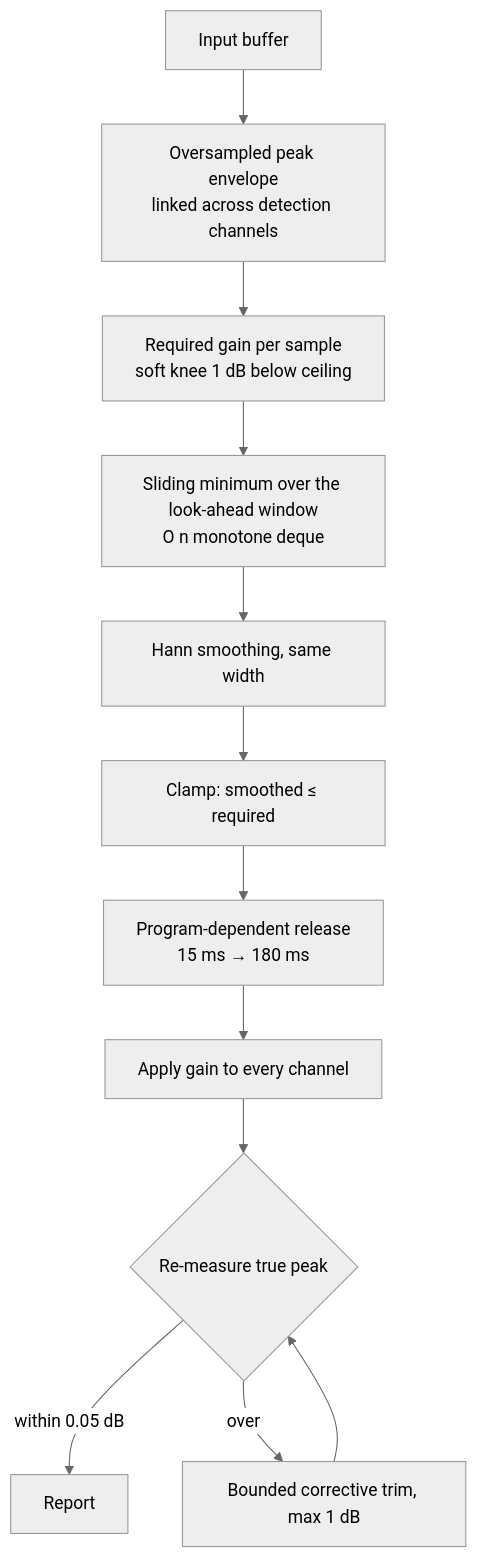
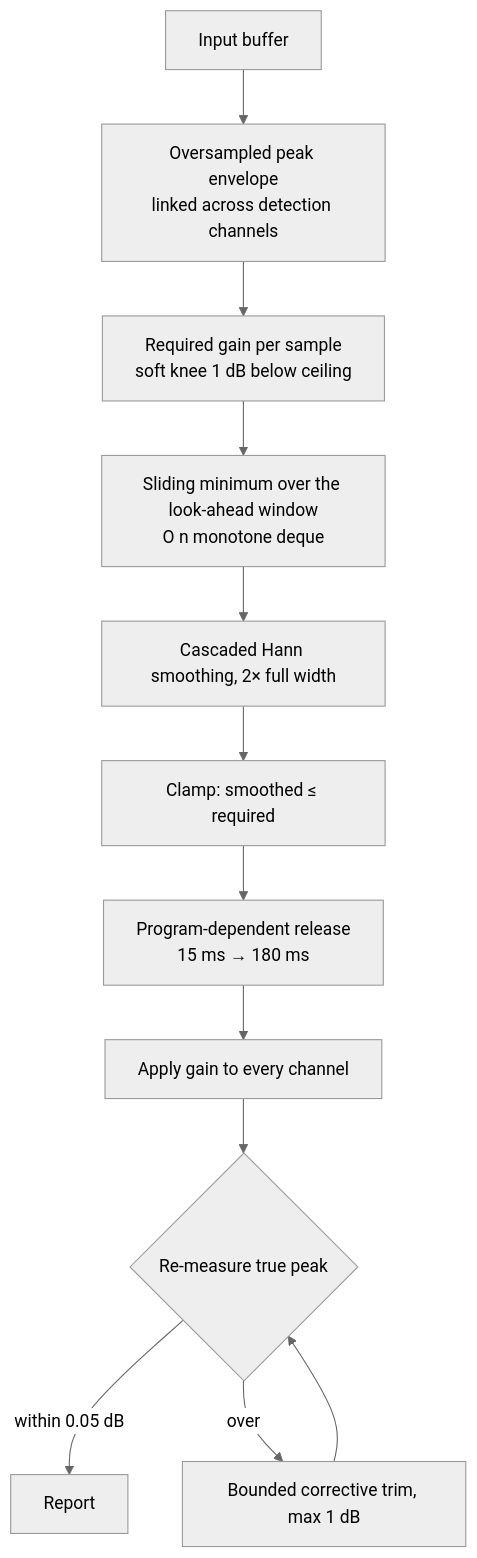
One commit to zazieproductions/Signal-Rot-Audio-Mastering-Suite- changed the diagram in docs/TRUE-PEAK-LIMITER.md. Above: the diagram before and after it, drawn with Mermaid (neutral theme). The commit also changed other lines of this file and 19 other files, not shown here.

````diff
--- a/docs/TRUE-PEAK-LIMITER.md
+++ b/docs/TRUE-PEAK-LIMITER.md
@@ -84,14 +84,14 @@
 ```mermaid
 flowchart TD
   A[Input buffer] --> B[Oversampled peak envelope<br/>linked across detection channels]
   B --> C[Required gain per sample<br/>soft knee 1 dB below ceiling]
   C --> D[Sliding minimum over the look-ahead window<br/>O n monotone deque]
-  D --> E[Hann smoothing, same width]
+  D --> E[Cascaded Hann smoothing, 2× full width]
   E --> F[Clamp: smoothed ≤ required]
   F --> G[Program-dependent release<br/>15 ms → 180 ms]
   G --> H[Apply gain to every channel]
   H --> I{Re-measure true peak}
   I -->|within 0.05 dB| J[Report]
   I -->|over| K[Bounded corrective trim, max 1 dB]
   K --> I
 ```
````
